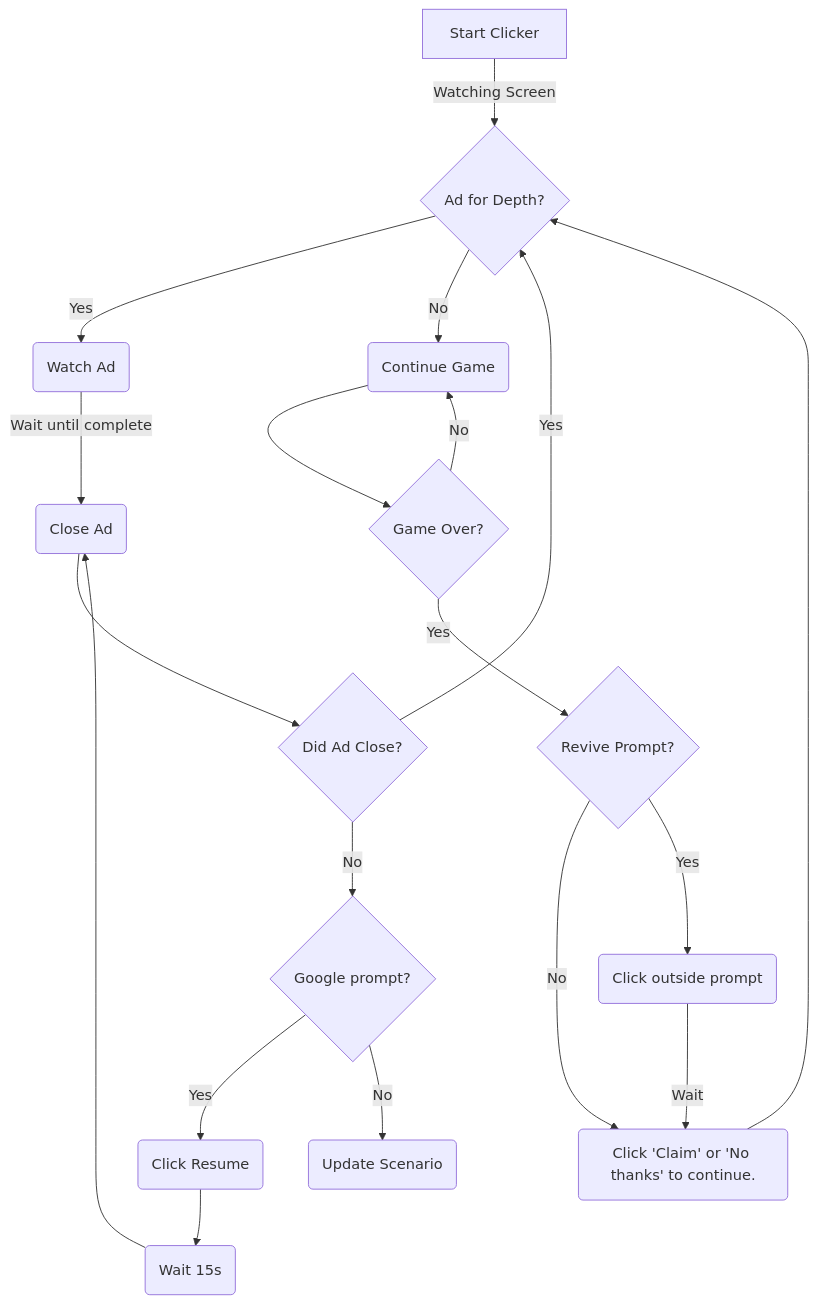
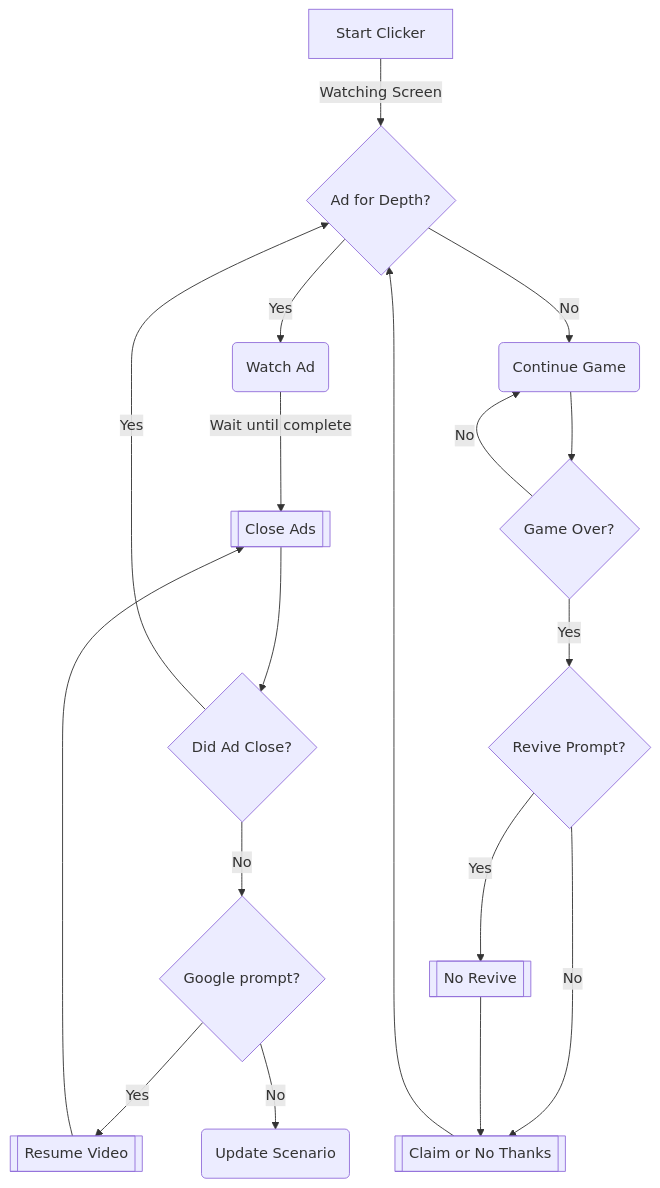
One commit to Neighborhood-Data-Science/instant-beer-money changed the diagram in AutoClick Patterns/Games/CryptoMagnet/README.md. Above: the diagram before and after it, drawn with Mermaid. The commit also changed 1 other file, not shown here.

Commit message:
Updated flowcharts Easier to read flowchart for CryptoMagnet. Initial flowchart for Eat Repeat

````diff
--- a/AutoClick Patterns/Games/CryptoMagnet/README.md
+++ b/AutoClick Patterns/Games/CryptoMagnet/README.md
@@ -50,20 +50,20 @@
 ```mermaid
 graph TD;
     A[Start Clicker]-->|Watching Screen|B{Ad for Depth?};
     B-->|Yes|C(Watch Ad);
     B-->|No|D(Continue Game);
-    C-->|Wait until complete|E(Close Ad);
+    C-->|Wait until complete|E[[Close Ads]]
     E-->F{Did Ad Close?};
     F-->|No|G{Google prompt?};
-    F-->|Yes|B{Ad for Depth?};
-    G-->|Yes|H(Click Resume)-->I(Wait 15s);
+    F-->|Yes|B;
+    G-->|Yes|H[[Resume Video]];
+    H-->E[[Close Ads]];
     G-->|No|J(Update Scenario);
-    I-->E(Close Ad);
     D-->K{Game Over?};
     K-->|Yes|L{Revive Prompt?};
     K-->|No|D(Continue Game);
-    L-->|No|M(Click 'Claim' or 'No thanks' to continue.);
-    L-->|Yes|N(Click outside prompt);
-    N-->|Wait|M(Click 'Claim' or 'No thanks' to continue.);
+    L-->|No|M;
+    L-->|Yes|N[[No Revive]];
+    N-->M[[Claim or No Thanks]];
     M-->B;
 ```
````
